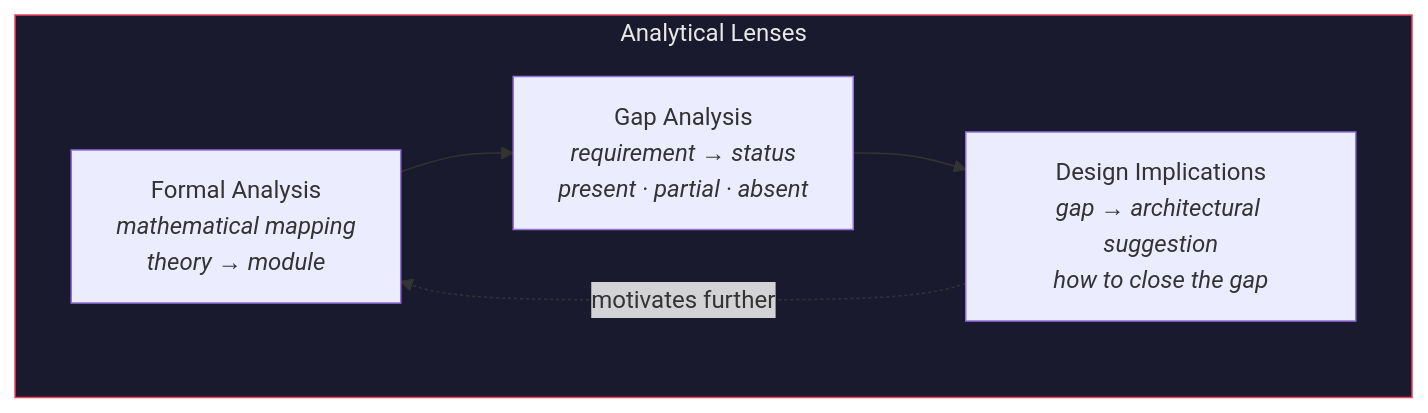
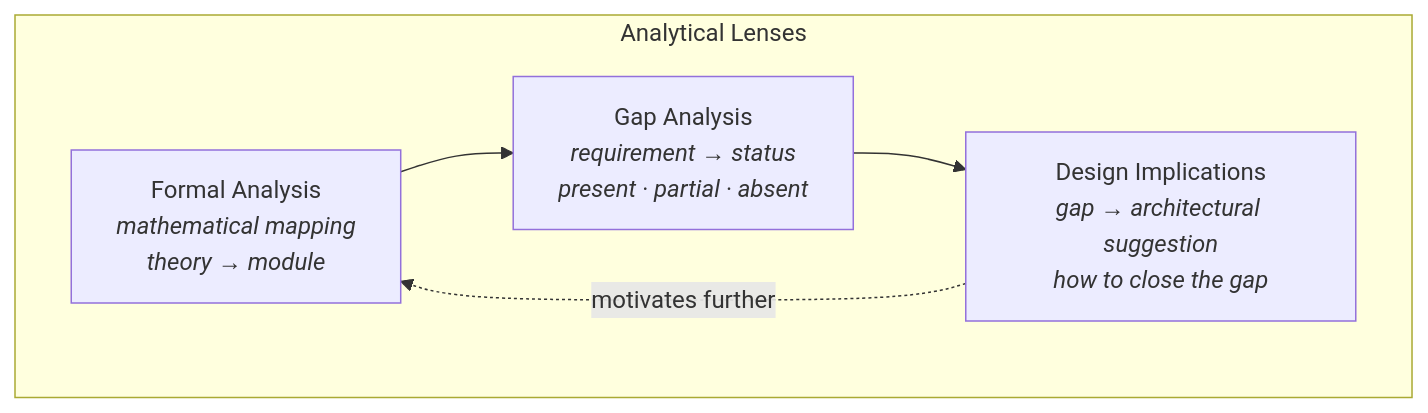
The first of 2 diagrams in docs/agi/SPEC.md (docxology/codomyrmex), drawn with Mermaid before and after one commit. The commit also changed other lines of this file and 86 other files, not shown here.

````diff
--- a/docs/agi/SPEC.md
+++ b/docs/agi/SPEC.md
@@ -34,13 +34,11 @@
 ```mermaid
 graph TD
     subgraph LENSES["Analytical Lenses"]
         FORMAL["Formal Analysis<br/><i>mathematical mapping<br/>theory → module</i>"]
         GAP["Gap Analysis<br/><i>requirement → status<br/>present · partial · absent</i>"]
         DESIGN["Design Implications<br/><i>gap → architectural suggestion<br/>how to close the gap</i>"]
     end
 
     FORMAL --> GAP --> DESIGN
     DESIGN -.->|"motivates further"| FORMAL
-
-    style LENSES fill:#1a1a2e,stroke:#e94560,color:#e8e8e8
 ```
````
